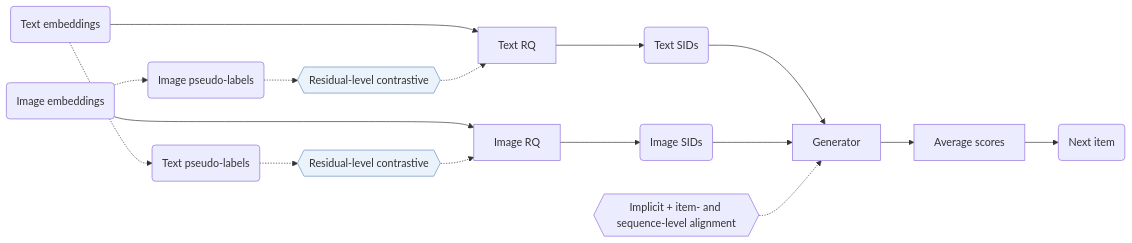
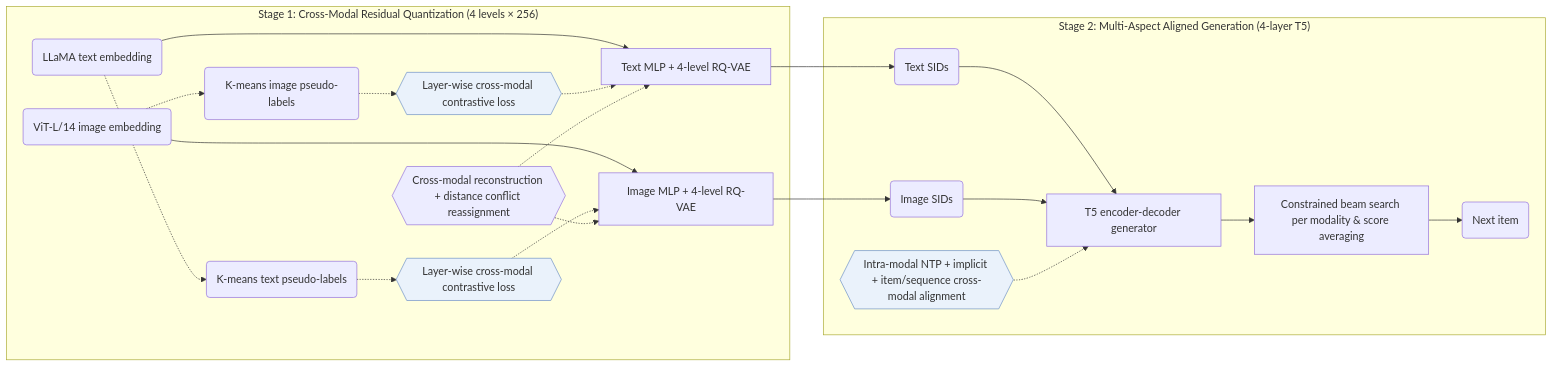
One commit to Galaxy-ghost/Awesome-SID-Generative-Rec changed the diagram in notes/macrec.md. Above: the diagram before and after it, drawn with Mermaid. The commit also changed other lines of this file and 649 other files, not shown here.

Commit message:
writer-05: also tags and modality index (schema, check, build, visuals); summary field removed; calibration data for 12 papers

````diff
--- a/notes/macrec.md
+++ b/notes/macrec.md
@@ -15,19 +16,25 @@
 ```mermaid
 flowchart LR
-    A("Text embeddings") --> C["Text RQ"]
-    B("Image embeddings") --> D["Image RQ"]
-    A -.-> PT("Text pseudo-labels")
-    B -.-> PI("Image pseudo-labels")
-    PI -.-> L1{{"Residual-level contrastive"}}:::key
-    PT -.-> L2{{"Residual-level contrastive"}}:::key
-    L1 -.-> C
-    L2 -.-> D
+    subgraph S1["Stage 1: Cross-Modal Residual Quantization (4 levels × 256)"]
+        A("LLaMA text embedding") --> C["Text MLP + 4-level RQ-VAE"]
+        B("ViT-L/14 image embedding") --> D["Image MLP + 4-level RQ-VAE"]
+        A -.-> PT("K-means text pseudo-labels")
+        B -.-> PI("K-means image pseudo-labels")
+        PI -.-> L1{{"Layer-wise cross-modal contrastive loss"}}:::key
+        PT -.-> L2{{"Layer-wise cross-modal contrastive loss"}}:::key
+        L1 -.-> C
+        L2 -.-> D
+        L0{{"Cross-modal reconstruction + distance conflict reassignment"}} -.-> C
+        L0 -.-> D
+    end
     C --> E("Text SIDs")
     D --> F("Image SIDs")
-    E --> G["Generator"]
-    F --> G
-    L3{{"Implicit + item- and sequence-level alignment"}} -.-> G
-    G --> H["Average scores"]
-    H --> I("Next item")
+    subgraph S2["Stage 2: Multi-Aspect Aligned Generation (4-layer T5)"]
+        E --> G["T5 encoder-decoder generator"]
+        F --> G
+        L3{{"Intra-modal NTP + implicit + item/sequence cross-modal alignment"}}:::key -.-> G
+        G --> H["Constrained beam search per modality & score averaging"]
+        H --> I("Next item")
+    end
     classDef key fill:#eaf2fb,stroke:#6b8fc7
 ```
````
